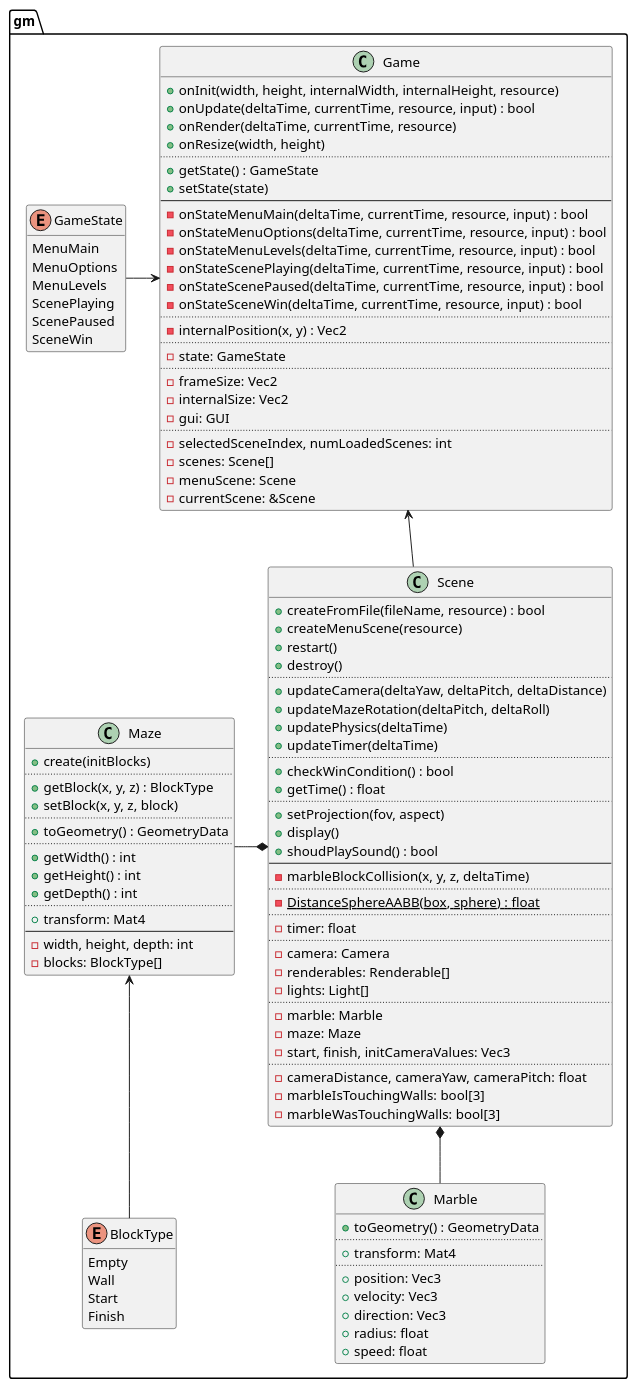
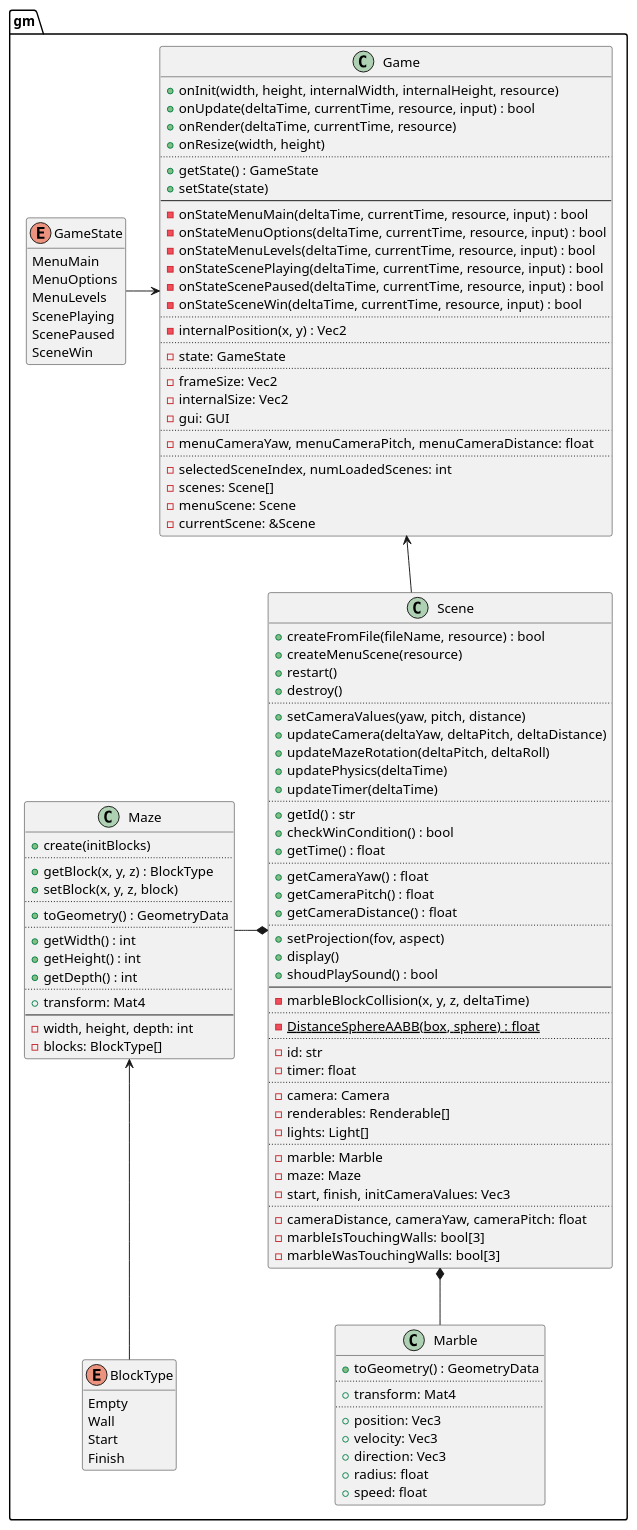
The diagram in design/uml/gm.puml (ba6er/marblemaze), drawn with PlantUML before and after one commit. The commit also changed 6 other files, not shown here.

Commit message:
Added Scene::id, Scene's Camera radial getters and setters, Game's menu Camera radial values

```diff
--- a/design/uml/gm.puml
+++ b/design/uml/gm.puml
@@ -1,127 +1,136 @@
 @startuml
 set separator ::
 
 enum gm::GameState {
 	MenuMain
 	MenuOptions
 	MenuLevels
 	ScenePlaying
 	ScenePaused
 	SceneWin
 }
 hide GameState methods
 
 class gm::Game {
 	+onInit(width, height, internalWidth, internalHeight, resource)
 	+onUpdate(deltaTime, currentTime, resource, input) : bool
 	+onRender(deltaTime, currentTime, resource)
 	+onResize(width, height)
 	..
 	+getState() : GameState
 	+setState(state)
 	--
 	-onStateMenuMain(deltaTime, currentTime, resource, input) : bool
 	-onStateMenuOptions(deltaTime, currentTime, resource, input) : bool
 	-onStateMenuLevels(deltaTime, currentTime, resource, input) : bool
 	-onStateScenePlaying(deltaTime, currentTime, resource, input) : bool
 	-onStateScenePaused(deltaTime, currentTime, resource, input) : bool
 	-onStateSceneWin(deltaTime, currentTime, resource, input) : bool
 	..
 	-internalPosition(x, y) : Vec2
 	..
 	-state: GameState
 	..
 	-frameSize: Vec2
 	-internalSize: Vec2
 	-gui: GUI
 	..
+	-menuCameraYaw, menuCameraPitch, menuCameraDistance: float
+	..
 	-selectedSceneIndex, numLoadedScenes: int
 	-scenes: Scene[]
 	-menuScene: Scene
 	-currentScene: &Scene
 }
 
 class gm::Scene {
 	+createFromFile(fileName, resource) : bool
 	+createMenuScene(resource)
 	+restart()
 	+destroy()
 	..
+	+setCameraValues(yaw, pitch, distance)
 	+updateCamera(deltaYaw, deltaPitch, deltaDistance)
 	+updateMazeRotation(deltaPitch, deltaRoll)
 	+updatePhysics(deltaTime)
 	+updateTimer(deltaTime)
 	..
+	+getId() : str
 	+checkWinCondition() : bool
 	+getTime() : float
+	..
+	+getCameraYaw() : float
+	+getCameraPitch() : float
+	+getCameraDistance() : float
 	..
 	+setProjection(fov, aspect)
 	+display()
 	+shoudPlaySound() : bool
 	--
 	-marbleBlockCollision(x, y, z, deltaTime)
 	..
 	{static} -DistanceSphereAABB(box, sphere) : float
 	..
+	-id: str
 	-timer: float
 	..
 	-camera: Camera
 	-renderables: Renderable[]
 	-lights: Light[]
 	..
 	-marble: Marble
 	-maze: Maze
 	-start, finish, initCameraValues: Vec3
 	..
 	-cameraDistance, cameraYaw, cameraPitch: float
 	-marbleIsTouchingWalls: bool[3]
 	-marbleWasTouchingWalls: bool[3]
 }
 
 enum gm::BlockType {
 	Empty
 	Wall
 	Start
 	Finish
 }
 hide BlockType methods
 
 class gm::Maze {
 	+create(initBlocks)
 	..
 	+getBlock(x, y, z) : BlockType
 	+setBlock(x, y, z, block)
 	..
 	+toGeometry() : GeometryData
 	..
 	+getWidth() : int
 	+getHeight() : int
 	+getDepth() : int
 	..
 	+transform: Mat4
 	--
 	-width, height, depth: int
 	-blocks: BlockType[]
 }
 
 class gm::Marble {
 	+toGeometry() : GeometryData
 	..
 	+transform: Mat4
 	..
 	+position: Vec3
 	+velocity: Vec3
 	+direction: Vec3
 	+radius: float
 	+speed: float
 }
 
 Maze <-down- BlockType
 
 Scene *-left- Maze
 Scene *-down- Marble
 
 Game <-left- GameState
 Game <-- Scene
 
 @enduml
```
